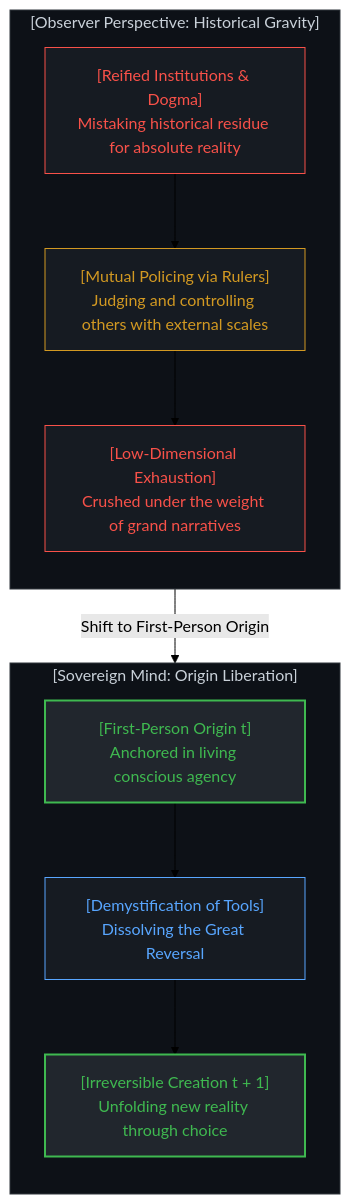
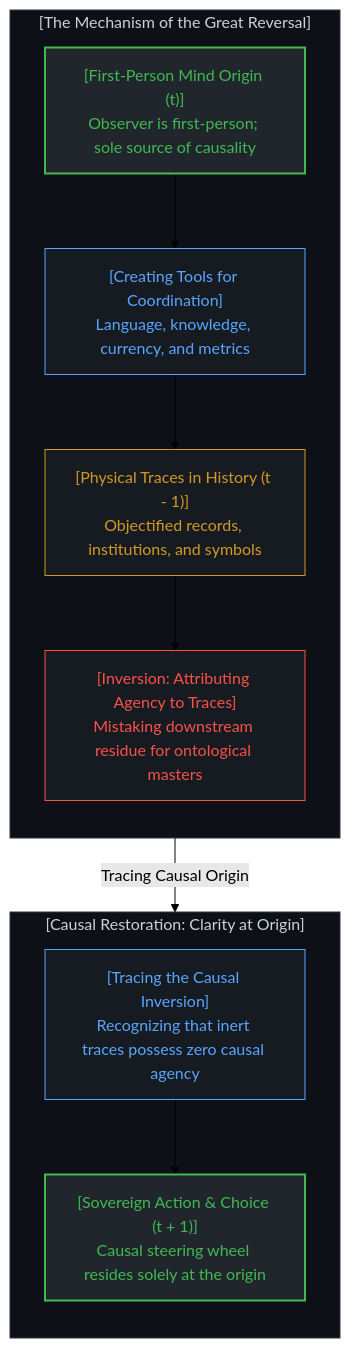
The second of 16 diagrams in content/posts/the-dissolution-of-the-great-reversal.md (powerpig99/not-a-toe), drawn with Mermaid (forest theme) before and after one commit. The commit also changed other lines of this file and 4 other files, not shown here.

Commit message:
Refine Section 1: unify observer with first-person origin and trace reversal without projecting causal agency onto history

````diff
--- a/content/posts/the-dissolution-of-the-great-reversal.md
+++ b/content/posts/the-dissolution-of-the-great-reversal.md
@@ -53,31 +58,31 @@
 ```mermaid
 graph TD
-    subgraph ObserverWeight["[Observer Perspective: Historical Gravity]"]
+    subgraph TracingReversal["[The Mechanism of the Great Reversal]"]
         direction TB
-        ReifiedInst["[Reified Institutions & Dogma]<br>Mistaking historical residue for absolute reality"]
-        MutualPolicing["[Mutual Policing via Rulers]<br>Judging and controlling others with external scales"]
-        LowDimExhaustion["[Low-Dimensional Exhaustion]<br>Crushed under the weight of grand narratives"]
-        ReifiedInst --> MutualPolicing
-        MutualPolicing --> LowDimExhaustion
+        ConsciousOrigin["[First-Person Mind Origin (t)]<br>Observer is first-person; sole source of causality"]
+        ToolCreation["[Creating Tools for Coordination]<br>Language, knowledge, currency, and metrics"]
+        HistoricalTraces["[Physical Traces in History (t - 1)]<br>Objectified records, institutions, and symbols"]
+        CognitiveInversion["[Inversion: Attributing Agency to Traces]<br>Mistaking downstream residue for ontological masters"]
+        ConsciousOrigin --> ToolCreation
+        ToolCreation --> HistoricalTraces
+        HistoricalTraces --> CognitiveInversion
     end
 
-    subgraph SovereignLiberation["[Sovereign Mind: Origin Liberation]"]
+    subgraph CausalClarity["[Causal Restoration: Clarity at Origin]"]
         direction TB
-        FirstPersonOrigin["[First-Person Origin t]<br>Anchored in living conscious agency"]
-        ToolDemystification["[Demystification of Tools]<br>Dissolving the Great Reversal"]
-        IrreversibleCreation["[Irreversible Creation t + 1]<br>Unfolding new reality through choice"]
-        FirstPersonOrigin --> ToolDemystification
-        ToolDemystification --> IrreversibleCreation
+        TraceDemystification["[Tracing the Causal Inversion]<br>Recognizing that inert traces possess zero causal agency"]
+        SovereignAgency["[Sovereign Action & Choice (t + 1)]<br>Causal steering wheel resides solely at the origin"]
+        TraceDemystification --> SovereignAgency
     end
 
-    LowDimExhaustion -->|"Shift to First-Person Origin"| FirstPersonOrigin
+    CognitiveInversion -->|"Tracing Causal Origin"| TraceDemystification
 
-    style ObserverWeight fill:#0d1117,stroke:#30363d,stroke-width:1px,color:#c9d1d9
-    style ReifiedInst fill:#161b22,stroke:#f85149,stroke-width:1px,color:#f85149
-    style MutualPolicing fill:#161b22,stroke:#d29922,stroke-width:1px,color:#d29922
-    style LowDimExhaustion fill:#161b22,stroke:#f85149,stroke-width:1px,color:#f85149
-    style SovereignLiberation fill:#0d1117,stroke:#30363d,stroke-width:1px,color:#c9d1d9
-    style FirstPersonOrigin fill:#21262d,stroke:#3fb950,stroke-width:2px,color:#3fb950
-    style ToolDemystification fill:#161b22,stroke:#58a6ff,stroke-width:1px,color:#58a6ff
-    style IrreversibleCreation fill:#21262d,stroke:#3fb950,stroke-width:2px,color:#3fb950
+    style TracingReversal fill:#0d1117,stroke:#30363d,stroke-width:1px,color:#c9d1d9
+    style ConsciousOrigin fill:#21262d,stroke:#3fb950,stroke-width:2px,color:#3fb950
+    style ToolCreation fill:#161b22,stroke:#58a6ff,stroke-width:1px,color:#58a6ff
+    style HistoricalTraces fill:#161b22,stroke:#d29922,stroke-width:1px,color:#d29922
+    style CognitiveInversion fill:#161b22,stroke:#f85149,stroke-width:1px,color:#f85149
+    style CausalClarity fill:#0d1117,stroke:#30363d,stroke-width:1px,color:#c9d1d9
+    style TraceDemystification fill:#161b22,stroke:#58a6ff,stroke-width:1px,color:#58a6ff
+    style SovereignAgency fill:#21262d,stroke:#3fb950,stroke-width:2px,color:#3fb950
 ```
````
